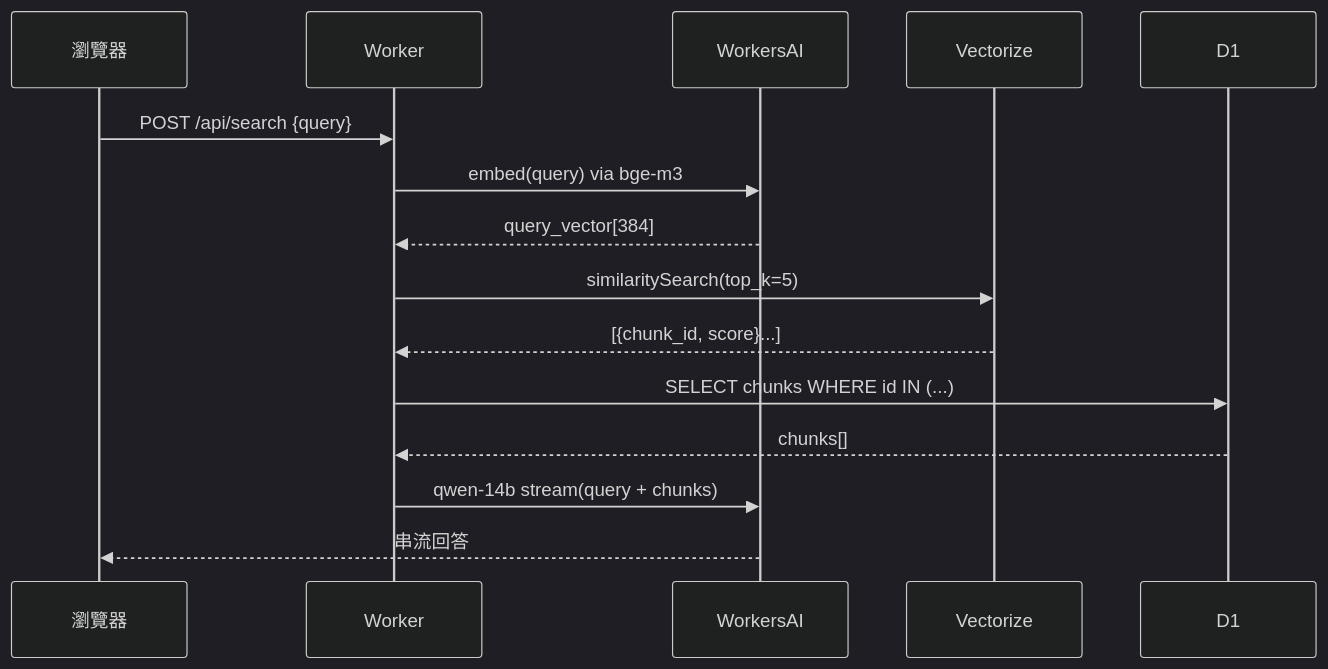
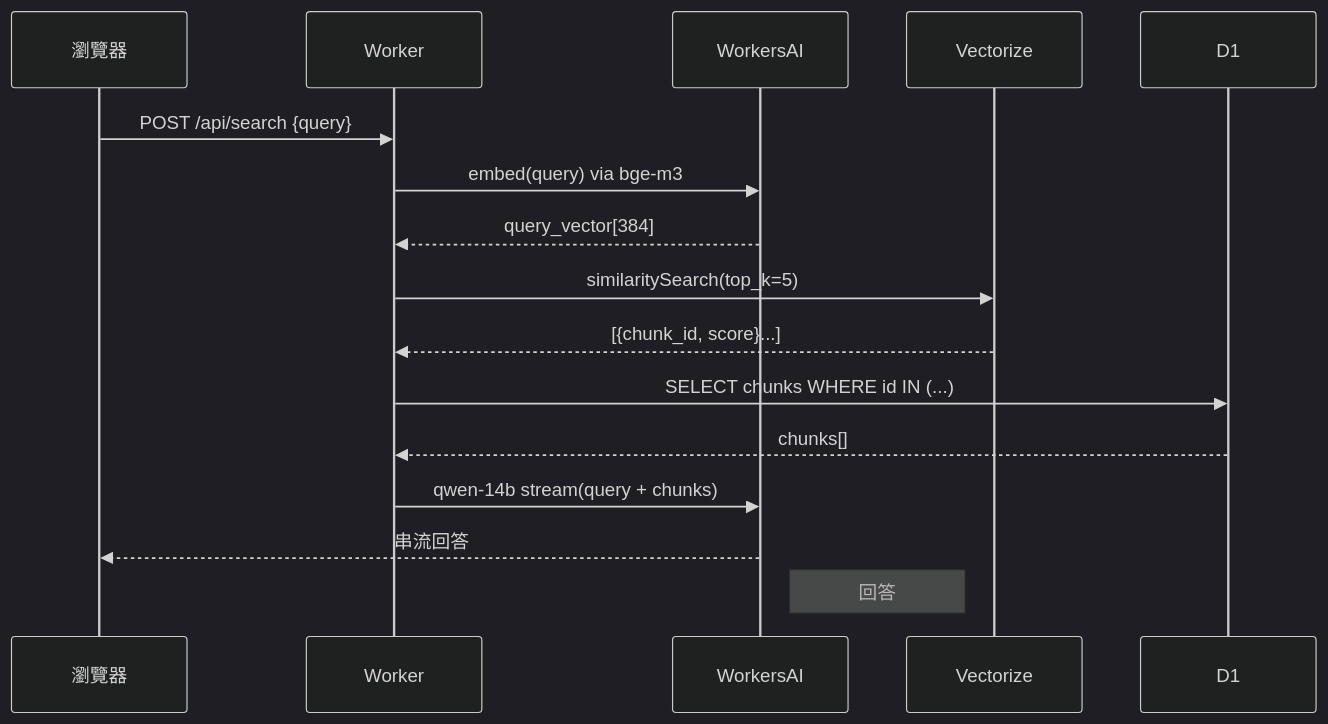
One commit to a920604a/engineernews changed the second of 2 diagrams in src/content/posts/tech/_2026-04-20-this-blog-tooling.md. Above: the diagram before and after it, drawn with Mermaid (dark theme). The commit also changed 5 other files, not shown here.

Commit message:
fix: auto-fix mermaid syntax errors in posts

````diff
--- a/src/content/posts/tech/_2026-04-20-this-blog-tooling.md
+++ b/src/content/posts/tech/_2026-04-20-this-blog-tooling.md
@@ -135,17 +135,18 @@
 ```mermaid
 sequenceDiagram
   participant 瀏覽器
   participant Worker
   participant WorkersAI
   participant Vectorize
   participant D1
   瀏覽器->>Worker: POST /api/search {query}
   Worker->>WorkersAI: embed(query) via bge-m3
   WorkersAI-->>Worker: query_vector[384]
   Worker->>Vectorize: similaritySearch(top_k=5)
   Vectorize-->>Worker: [{chunk_id, score}...]
   Worker->>D1: SELECT chunks WHERE id IN (...)
   D1-->>Worker: chunks[]
   Worker->>WorkersAI: qwen-14b stream(query + chunks)
   WorkersAI-->>瀏覽器: 串流回答
+  note right of WorkersAI: 回答
 ```
````
